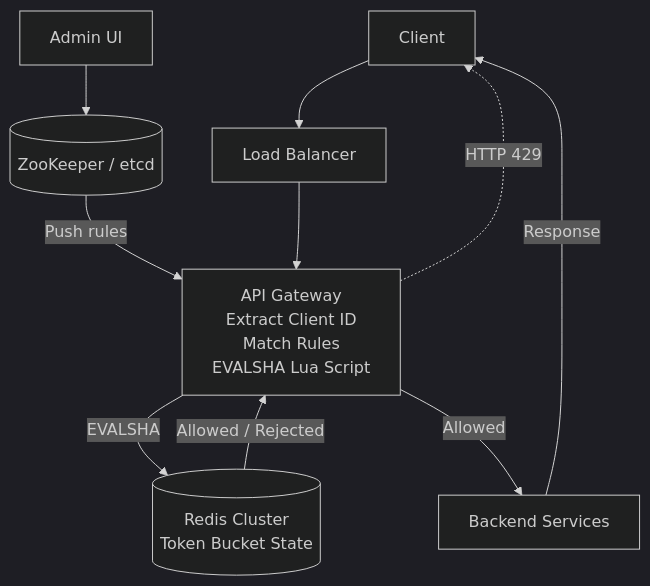
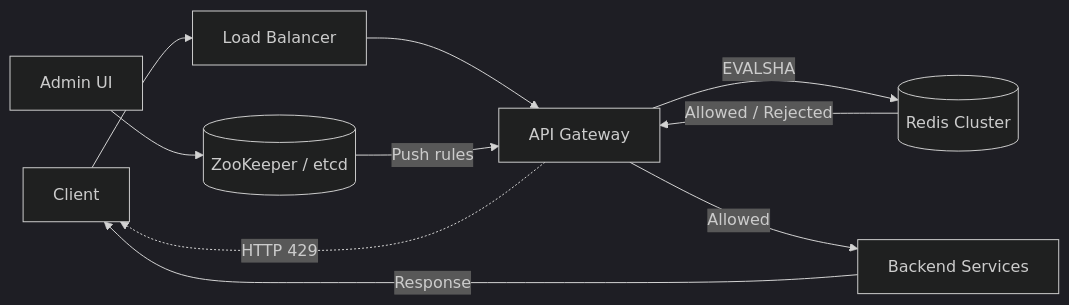
The eighth of 8 diagrams in hld/rate_limitter.md (vipi-n/swe-101), drawn with Mermaid (dark theme) before and after one commit.

````diff
--- a/hld/rate_limitter.md
+++ b/hld/rate_limitter.md
@@ -2192,16 +2192,16 @@
 ```mermaid
-flowchart TD
+flowchart LR
     Client[Client] --> LB[Load Balancer]
+    LB --> GW[API Gateway]
+
     Admin[Admin UI] --> ZK[(ZooKeeper / etcd)]
     ZK -->|Push rules| GW
 
-    LB --> GW[API Gateway<br/>Extract Client ID<br/>Match Rules<br/>EVALSHA Lua Script]
-
-    GW -->|EVALSHA| Redis[(Redis Cluster<br/>Token Bucket State)]
+    GW -->|EVALSHA| Redis[(Redis Cluster)]
     Redis -->|Allowed / Rejected| GW
 
     GW -->|Allowed| Backend[Backend Services]
     GW -.->|HTTP 429| Client
 
     Backend -->|Response| Client
 ```
````
